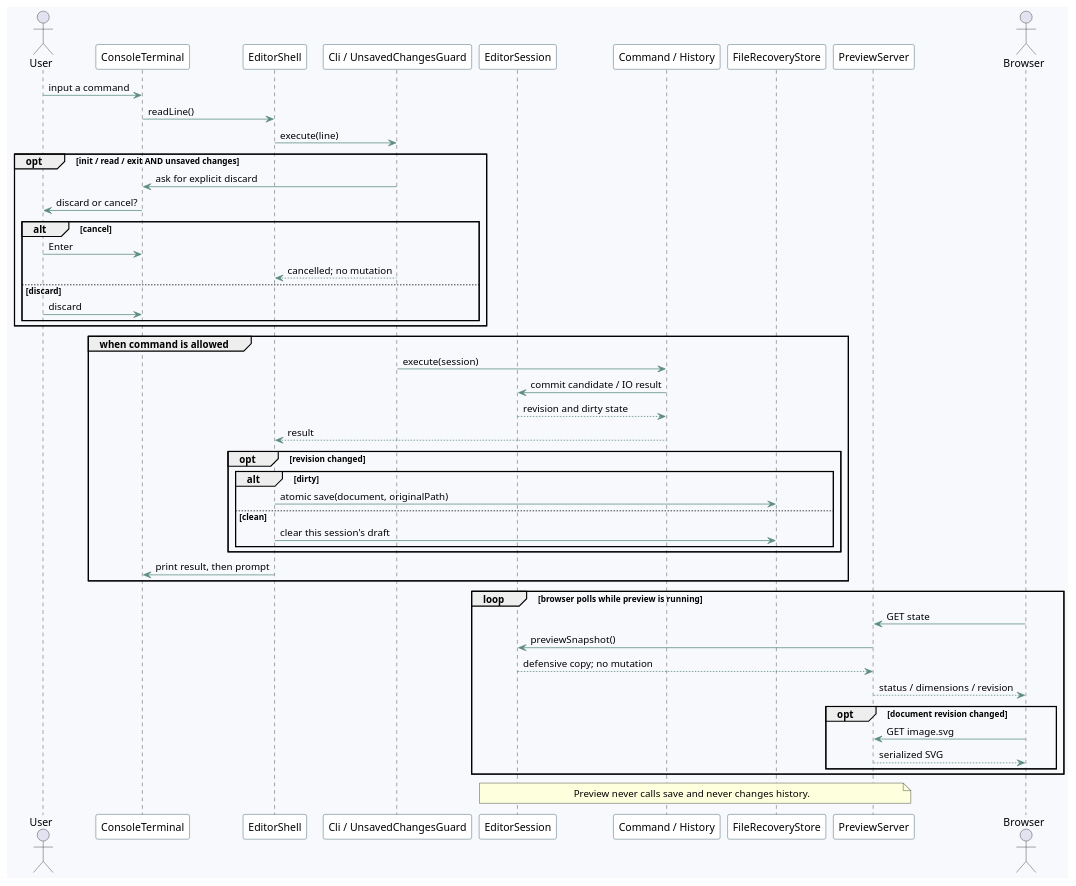
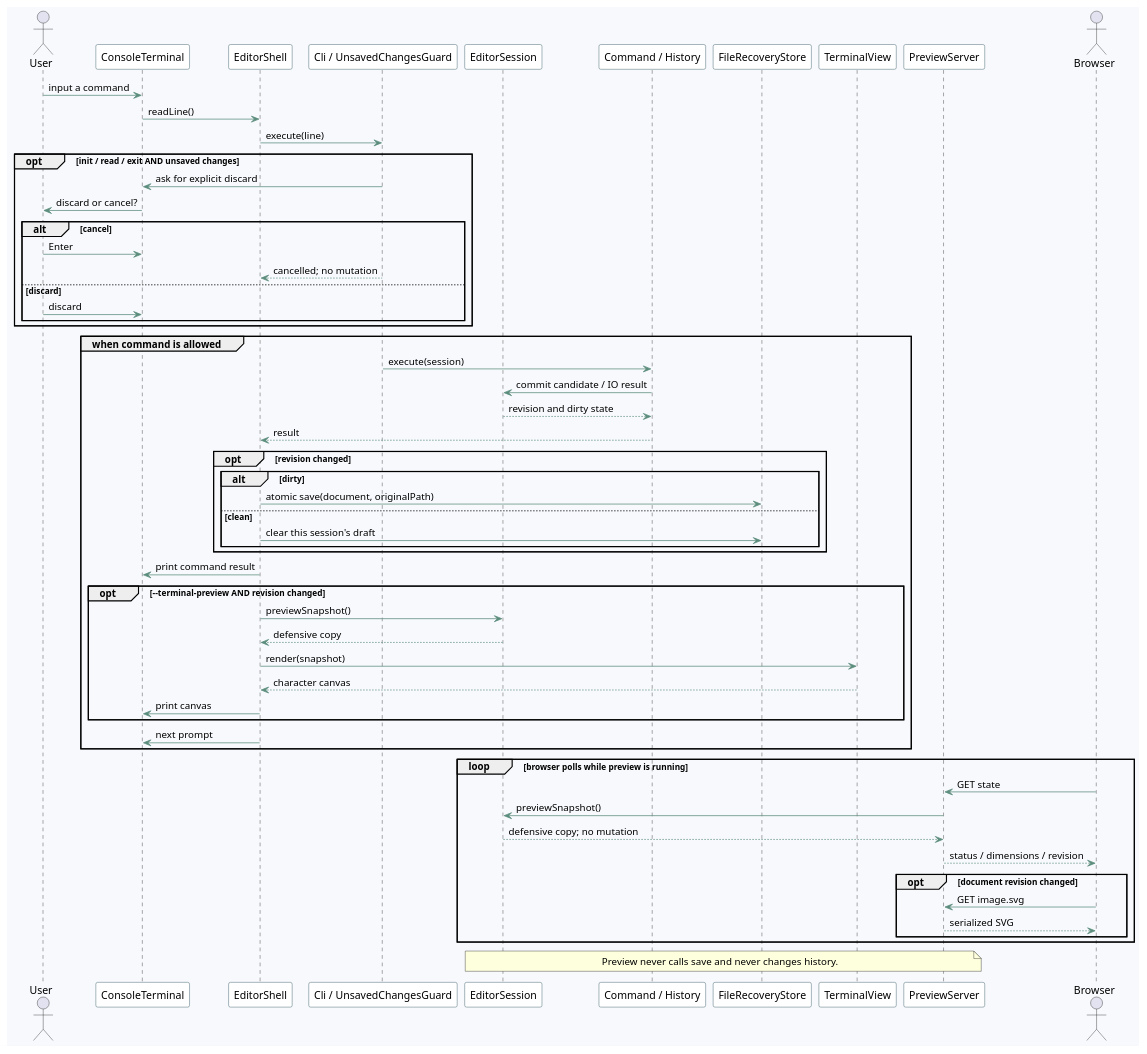
One commit to cqsh01/fudan-lab1-svg-editor changed the diagram in doc/workflow.puml. Above: the diagram before and after it, drawn with PlantUML. The commit also changed 16 other files, not shown here.

Commit message:
docs: release terminal preview and synchronize architecture records

```diff
--- a/doc/workflow.puml
+++ b/doc/workflow.puml
@@ -1,54 +1,63 @@
 @startuml
 skinparam backgroundColor #F7F9FC
 skinparam shadowing false
 skinparam ArrowColor #5B8C7C
 skinparam ParticipantBackgroundColor #FFFFFF
 skinparam ParticipantBorderColor #133F4B
 actor User
 participant ConsoleTerminal as Terminal
 participant EditorShell as Shell
 participant "Cli / UnsavedChangesGuard" as Cli
 participant EditorSession as Session
 participant "Command / History" as Command
 participant FileRecoveryStore as Draft
+participant TerminalView as CharacterView
 participant PreviewServer as Preview
 actor Browser
 User -> Terminal : input a command
 Terminal -> Shell : readLine()
 Shell -> Cli : execute(line)
 opt init / read / exit AND unsaved changes
   Cli -> Terminal : ask for explicit discard
   Terminal -> User : discard or cancel?
   alt cancel
     User -> Terminal : Enter
     Cli --> Shell : cancelled; no mutation
   else discard
     User -> Terminal : discard
   end
 end
 group when command is allowed
   Cli -> Command : execute(session)
   Command -> Session : commit candidate / IO result
   Session --> Command : revision and dirty state
   Command --> Shell : result
   opt revision changed
     alt dirty
       Shell -> Draft : atomic save(document, originalPath)
     else clean
       Shell -> Draft : clear this session's draft
     end
   end
-  Shell -> Terminal : print result, then prompt
+  Shell -> Terminal : print command result
+  opt --terminal-preview AND revision changed
+    Shell -> Session : previewSnapshot()
+    Session --> Shell : defensive copy
+    Shell -> CharacterView : render(snapshot)
+    CharacterView --> Shell : character canvas
+    Shell -> Terminal : print canvas
+  end
+  Shell -> Terminal : next prompt
 end
 loop browser polls while preview is running
   Browser -> Preview : GET state
   Preview -> Session : previewSnapshot()
   Session --> Preview : defensive copy; no mutation
   Preview --> Browser : status / dimensions / revision
   opt document revision changed
     Browser -> Preview : GET image.svg
     Preview --> Browser : serialized SVG
   end
 end
 note over Session,Preview : Preview never calls save and never changes history.
 @enduml
```
